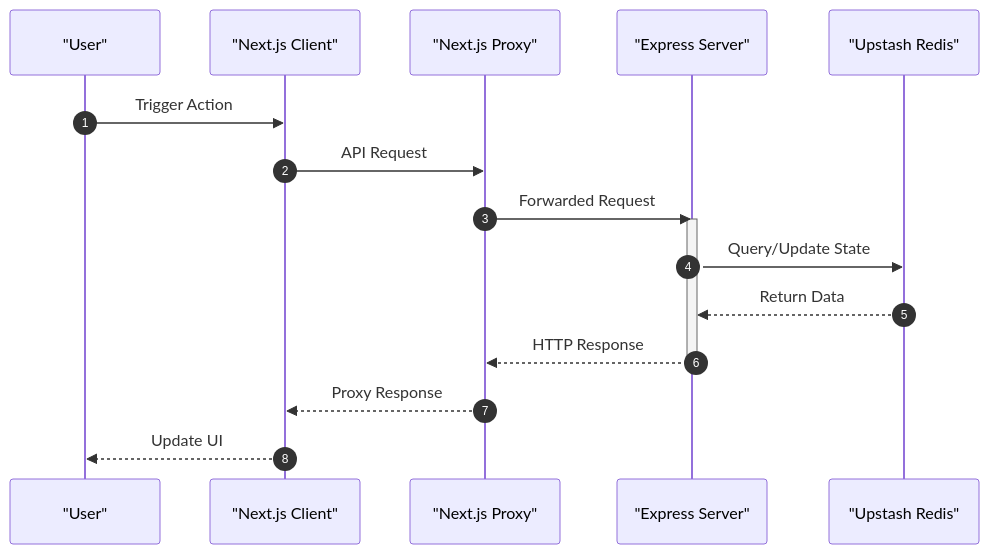
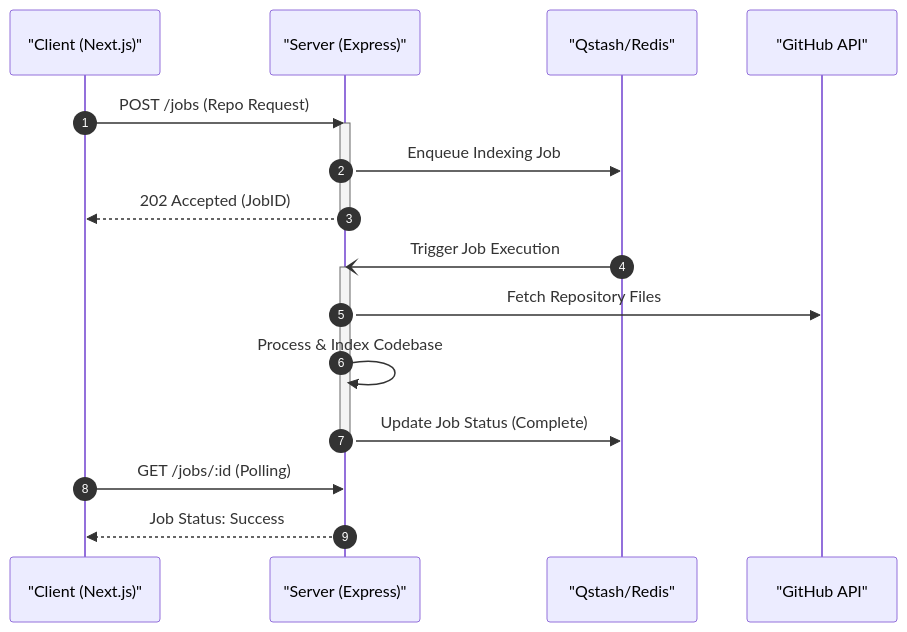
The second of 2 diagrams in docs/shinymack/gitdex/2_system-architecture.mdx (shinymacktest/gitdex-docs), drawn with Mermaid before and after one commit. The commit also changed other lines of this file and 31 other files, not shown here.

Commit message:
GitDex Index: shinymack/gitdex

````diff
--- a/docs/shinymack/gitdex/2_system-architecture.mdx
+++ b/docs/shinymack/gitdex/2_system-architecture.mdx
@@ -61,20 +44,24 @@
 ```mermaid
 sequenceDiagram
     autonumber
-    participant U as "User"
-    participant C as "Next.js Client"
-    participant P as "Next.js Proxy"
-    participant S as "Express Server"
-    participant R as "Upstash Redis"
+    participant C as "Client (Next.js)"
+    participant S as "Server (Express)"
+    participant Q as "Qstash/Redis"
+    participant G as "GitHub API"
 
-    U ->> C: Trigger Action
-    C ->> P: API Request
-    P ->> S: Forwarded Request
+    C ->> S: POST /jobs (Repo Request)
     activate S
-    S ->> R: Query/Update State
-    R -->> S: Return Data
-    S -->> P: HTTP Response
+    S ->> Q: Enqueue Indexing Job
+    S -->> C: 202 Accepted (JobID)
     deactivate S
-    P -->> C: Proxy Response
-    C -->> U: Update UI
+    
+    Q -) S: Trigger Job Execution
+    activate S
+    S ->> G: Fetch Repository Files
+    S ->> S: Process & Index Codebase
+    S ->> Q: Update Job Status (Complete)
+    deactivate S
+    
+    C ->> S: GET /jobs/:id (Polling)
+    S -->> C: Job Status: Success
 ```
````
